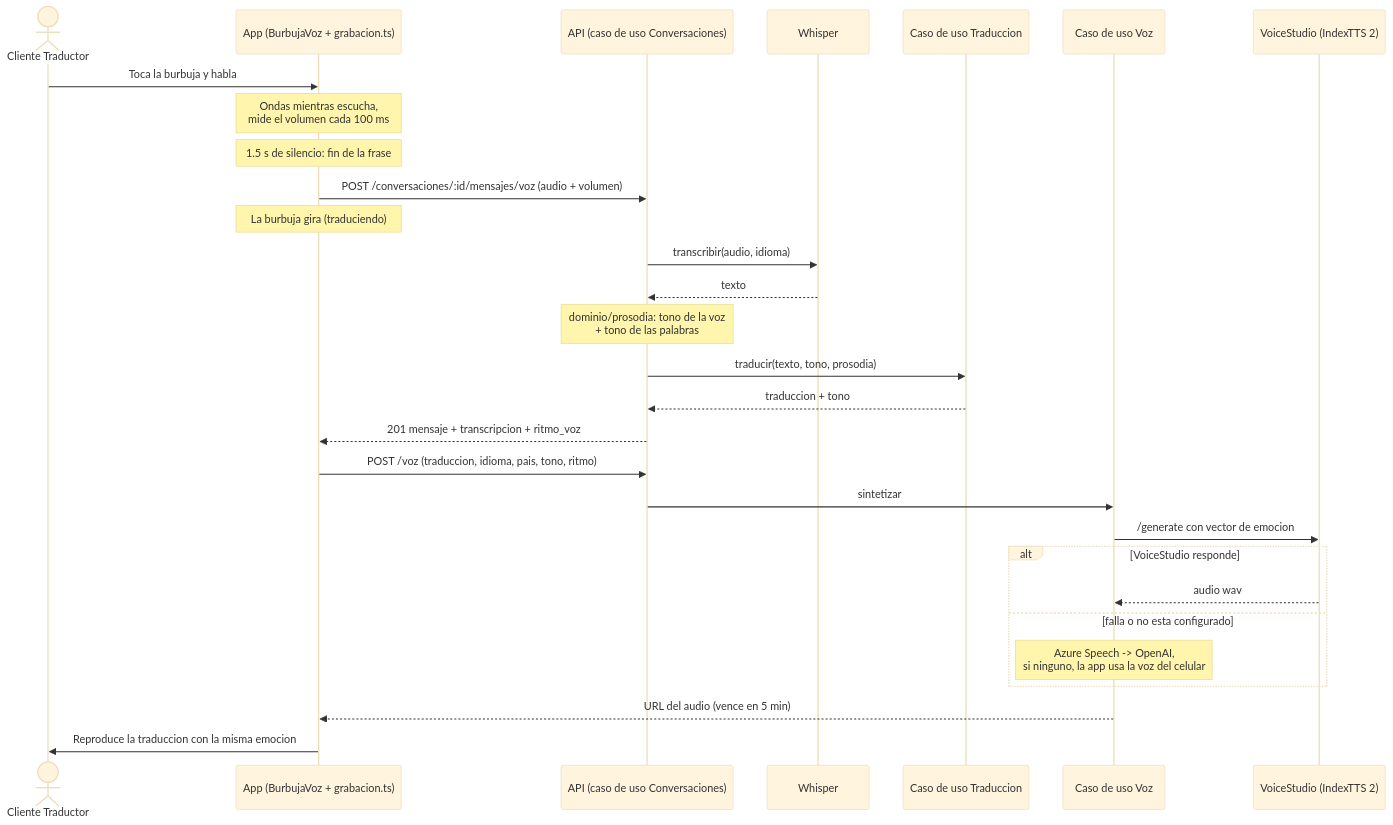
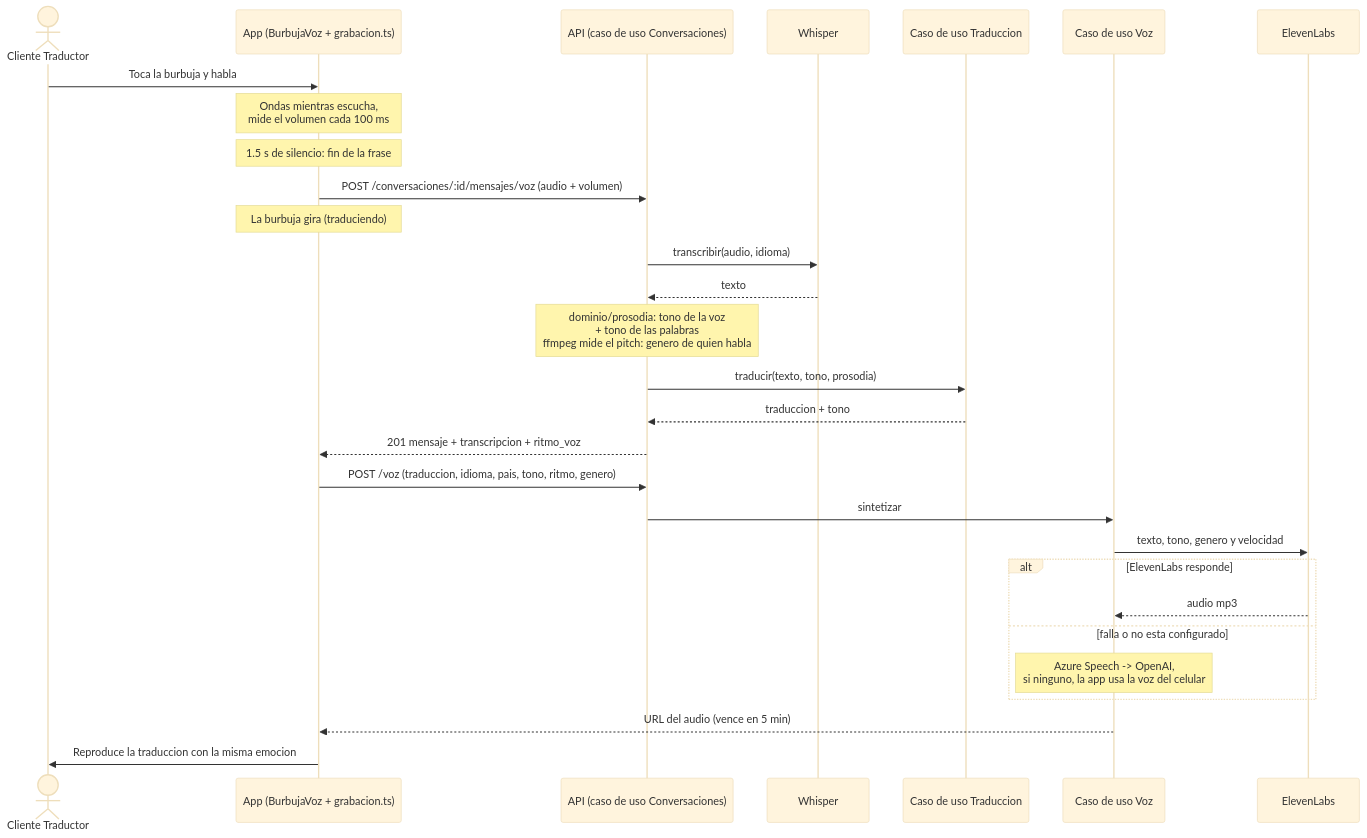
Before and after one commit to Dafatalk/talklate: the fourth of 5 diagrams in entrega/fuente/07_arquitectura.md, drawn with Mermaid (base theme). The commit also changed other lines of this file and 25 other files, not shown here.

First line of the commit message:
docs: poner al dia la documentacion con Claude en Vertex, ElevenLabs, 9 puertos y 77 pruebas; ADR-020; admin sin contrasena por defecto en produccion

````diff
--- a/entrega/fuente/07_arquitectura.md
+++ b/entrega/fuente/07_arquitectura.md
@@ -269,32 +269,32 @@
 ```mermaid
 sequenceDiagram
     actor U as Cliente Traductor
     participant A as App (BurbujaVoz + grabacion.ts)
     participant API as API (caso de uso Conversaciones)
     participant W as Whisper
     participant F as Caso de uso Traduccion
     participant V as Caso de uso Voz
-    participant VS as VoiceStudio (IndexTTS 2)
+    participant EL as ElevenLabs
 
     U->>A: Toca la burbuja y habla
     Note over A: Ondas mientras escucha,<br/>mide el volumen cada 100 ms
     Note over A: 1.5 s de silencio: fin de la frase
     A->>API: POST /conversaciones/:id/mensajes/voz (audio + volumen)
     Note over A: La burbuja gira (traduciendo)
     API->>W: transcribir(audio, idioma)
     W-->>API: texto
-    Note over API: dominio/prosodia: tono de la voz<br/>+ tono de las palabras
+    Note over API: dominio/prosodia: tono de la voz<br/>+ tono de las palabras<br/>ffmpeg mide el pitch: genero de quien habla
     API->>F: traducir(texto, tono, prosodia)
     F-->>API: traduccion + tono
     API-->>A: 201 mensaje + transcripcion + ritmo_voz
-    A->>API: POST /voz (traduccion, idioma, pais, tono, ritmo)
+    A->>API: POST /voz (traduccion, idioma, pais, tono, ritmo, genero)
     API->>V: sintetizar
-    V->>VS: /generate con vector de emocion
-    alt VoiceStudio responde
-        VS-->>V: audio wav
+    V->>EL: texto, tono, genero y velocidad
+    alt ElevenLabs responde
+        EL-->>V: audio mp3
     else falla o no esta configurado
         Note over V: Azure Speech -> OpenAI,<br/>si ninguno, la app usa la voz del celular
     end
     V-->>A: URL del audio (vence en 5 min)
     A->>U: Reproduce la traduccion con la misma emocion
 ```
````
